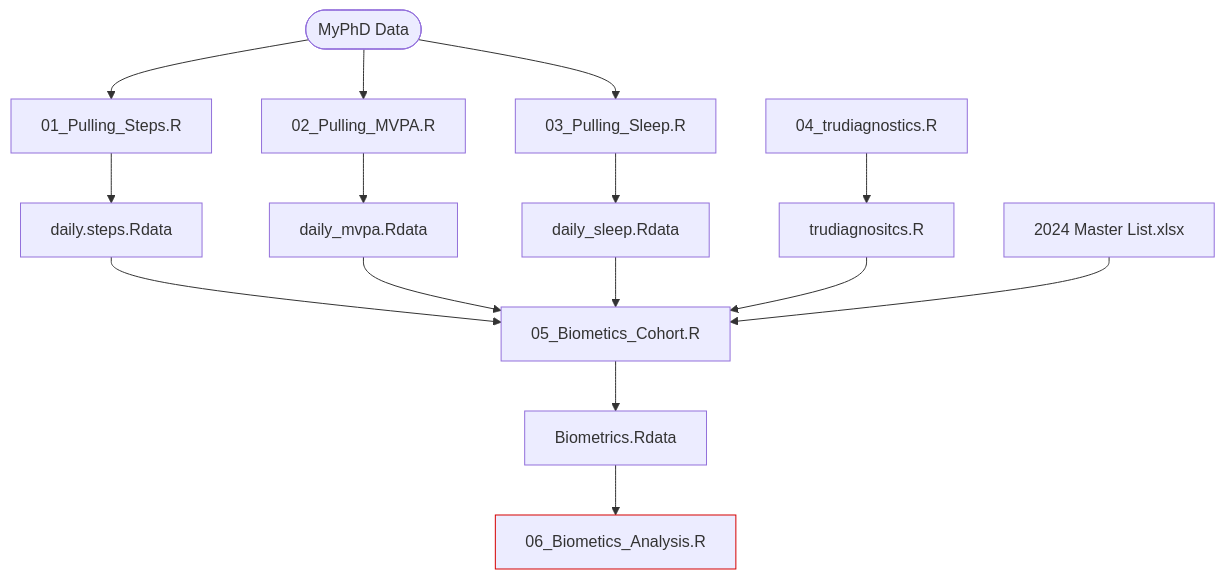
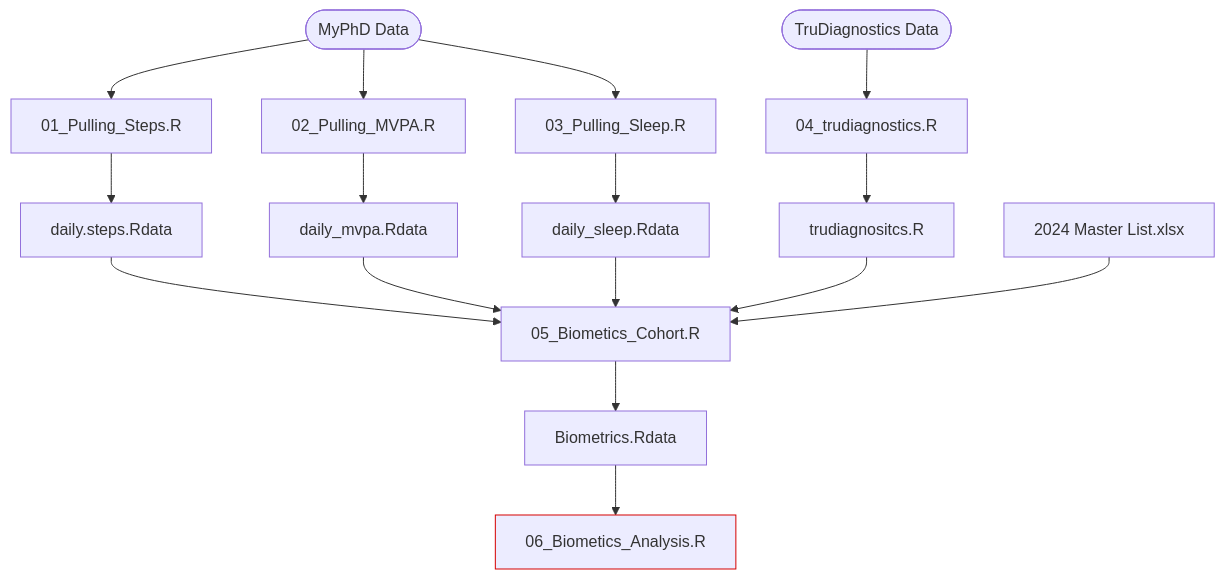
One commit to EpiGraham/DCI_Biometrics changed the diagram in README.md. Above: the diagram before and after it, drawn with Mermaid.

````diff
--- a/README.md
+++ b/README.md
@@ -16,20 +16,21 @@
 ```mermaid
 flowchart TD
     A(["MyPhD Data"]) --> B["02_Pulling_MVPA.R"] & C@{ label: "<span style=\"padding-left:\">01_Pulling_Steps.R</span>" } & D["03_Pulling_Sleep.R"]
     C --> E["daily.steps.Rdata"]
     B --> F["daily_mvpa.Rdata"]
     D --> G["daily_sleep.Rdata"]
     H["04_trudiagnostics.R"] --> I["trudiagnositcs.R"]
     E --> J@{ label: "<span class=\"nodeLabel\">05_Biometics_Cohort.R</span>" }
     F --> J
     G --> J
     I --> J
     K["2024 Master List.xlsx"] --> J
     J --> L["Biometrics.Rdata"]
     L --> M["06_Biometics_Analysis.R"]
+    stadiumId(["TruDiagnostics Data"]) --> H
     C@{ shape: rect}
     J@{ shape: rect}
     L@{ shape: rect}
     style M stroke:#D50000
 
 ```
````
